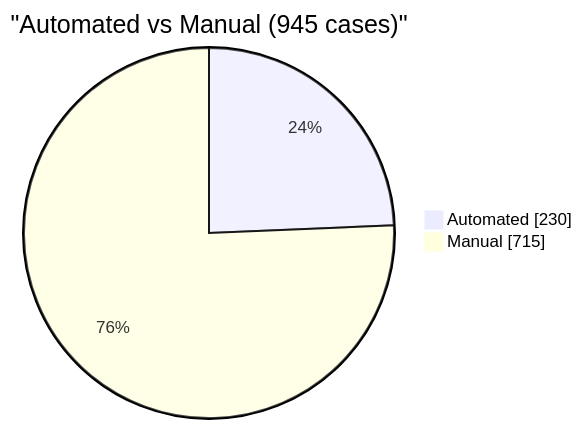
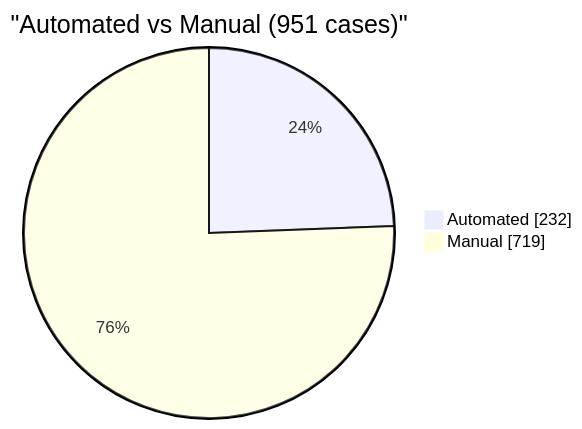
The fifth of 6 diagrams in reports/dashboard.md (EliteaAI/onetest-ai-tm-Elitea), drawn with Mermaid before and after one commit. The commit also changed other lines of this file and 1 other file, not shown here.

````diff
--- a/reports/dashboard.md
+++ b/reports/dashboard.md
@@ -109,6 +109,6 @@
 ```mermaid
 pie showData
-    title "Automated vs Manual (945 cases)"
-    "Automated" : 230
-    "Manual" : 715
+    title "Automated vs Manual (951 cases)"
+    "Automated" : 232
+    "Manual" : 719
 ```
````
